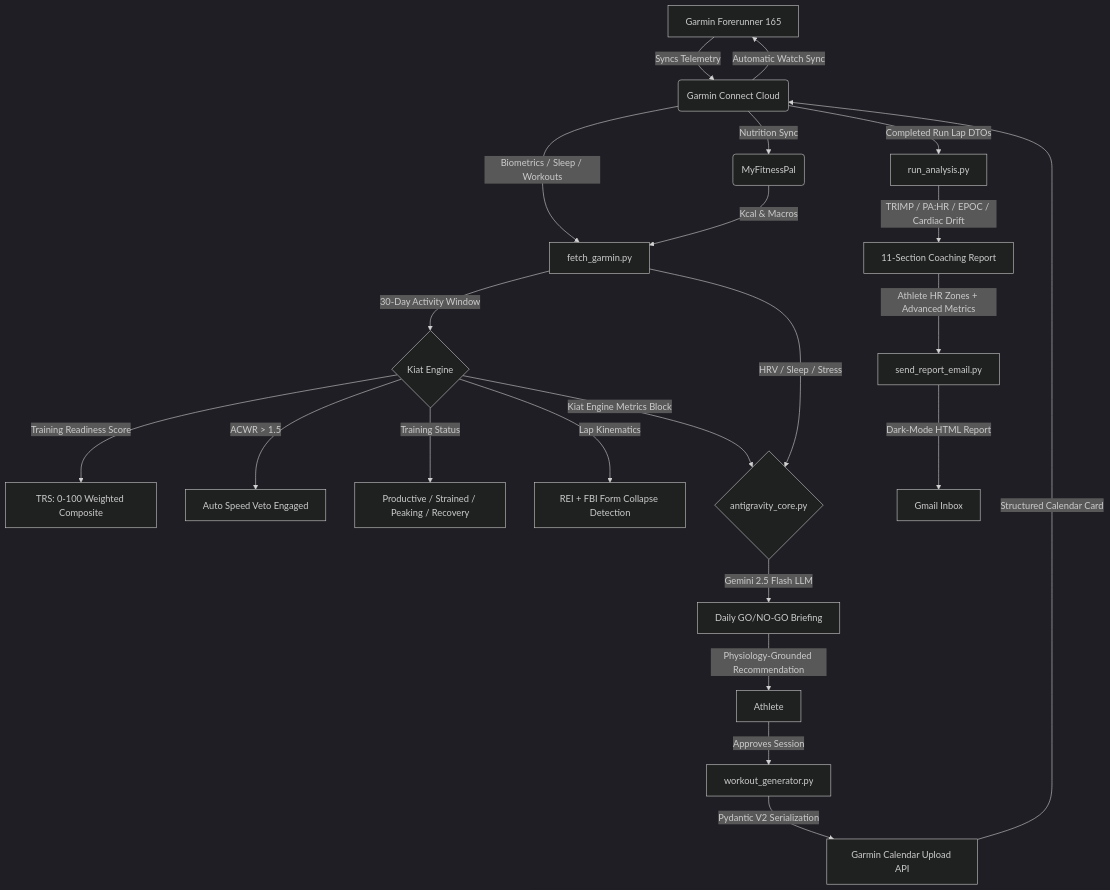
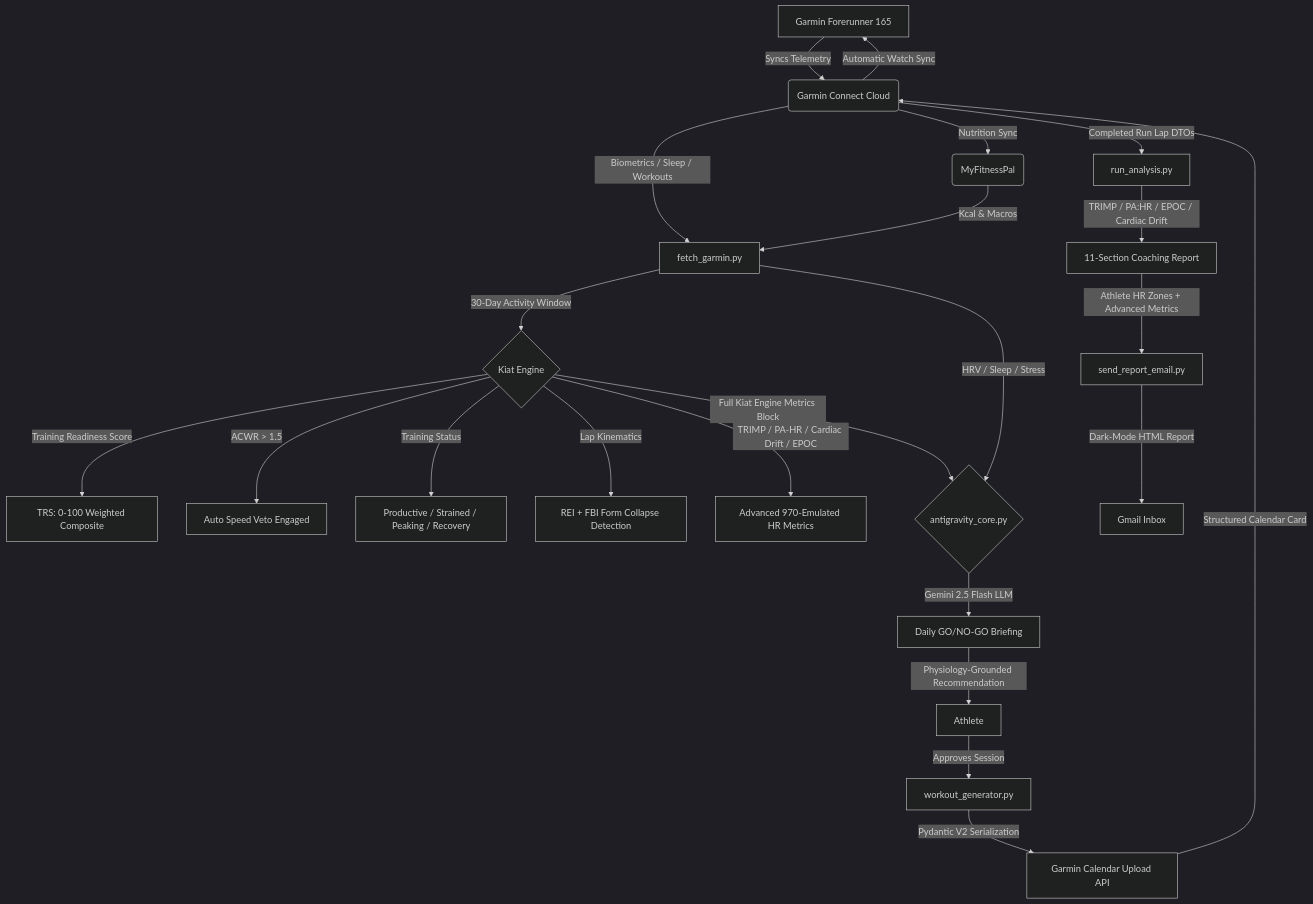
Before and after one commit to maxxsotelo/marathon-agent: the diagram in README.md, drawn with Mermaid (dark theme). The commit also changed other lines of this file and 1 other file, not shown here.

````diff
--- a/README.md
+++ b/README.md
@@ -27,28 +27,29 @@
 ```mermaid
 graph TD
     A[Garmin Forerunner 165] -->|Syncs Telemetry| B(Garmin Connect Cloud)
     B -->|Biometrics / Sleep / Workouts| C[fetch_garmin.py]
     B -->|Nutrition Sync| D(MyFitnessPal)
     D -->|Kcal & Macros| C
 
     C -->|30-Day Activity Window| E{Kiat Engine}
     E -->|Training Readiness Score| F[TRS: 0-100 Weighted Composite]
     E -->|ACWR > 1.5| G[Auto Speed Veto Engaged]
     E -->|Training Status| H[Productive / Strained / Peaking / Recovery]
     E -->|Lap Kinematics| I[REI + FBI Form Collapse Detection]
+    E -->|TRIMP / PA-HR / Cardiac Drift / EPOC| J2[Advanced 970-Emulated HR Metrics]
 
     C -->|HRV / Sleep / Stress| J{antigravity_core.py}
-    E -->|Kiat Engine Metrics Block| J
+    E -->|Full Kiat Engine Metrics Block| J
     J -->|Gemini 2.5 Flash LLM| K[Daily GO/NO-GO Briefing]
     K -->|Physiology-Grounded Recommendation| L[Athlete]
 
     L -->|Approves Session| M[workout_generator.py]
     M -->|Pydantic V2 Serialization| N[Garmin Calendar Upload API]
     N -->|Structured Calendar Card| B
     B -->|Automatic Watch Sync| A
 
     B -->|Completed Run Lap DTOs| Q[run_analysis.py]
     Q -->|TRIMP / PA:HR / EPOC / Cardiac Drift| R[11-Section Coaching Report]
     R -->|Athlete HR Zones + Advanced Metrics| S[send_report_email.py]
     S -->|Dark-Mode HTML Report| T[Gmail Inbox]
 ```
````
